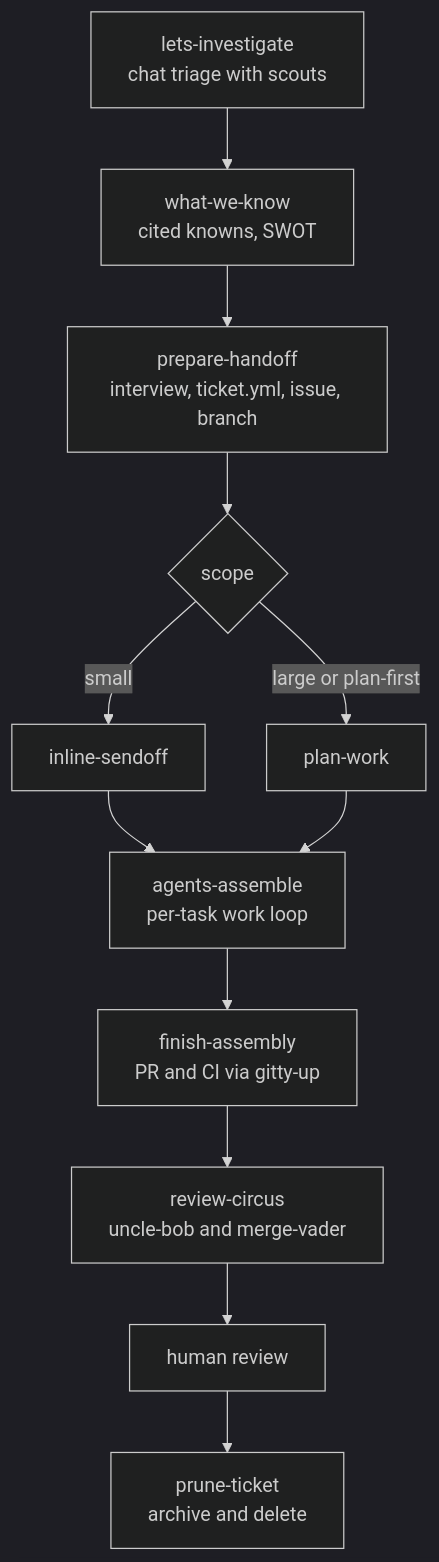
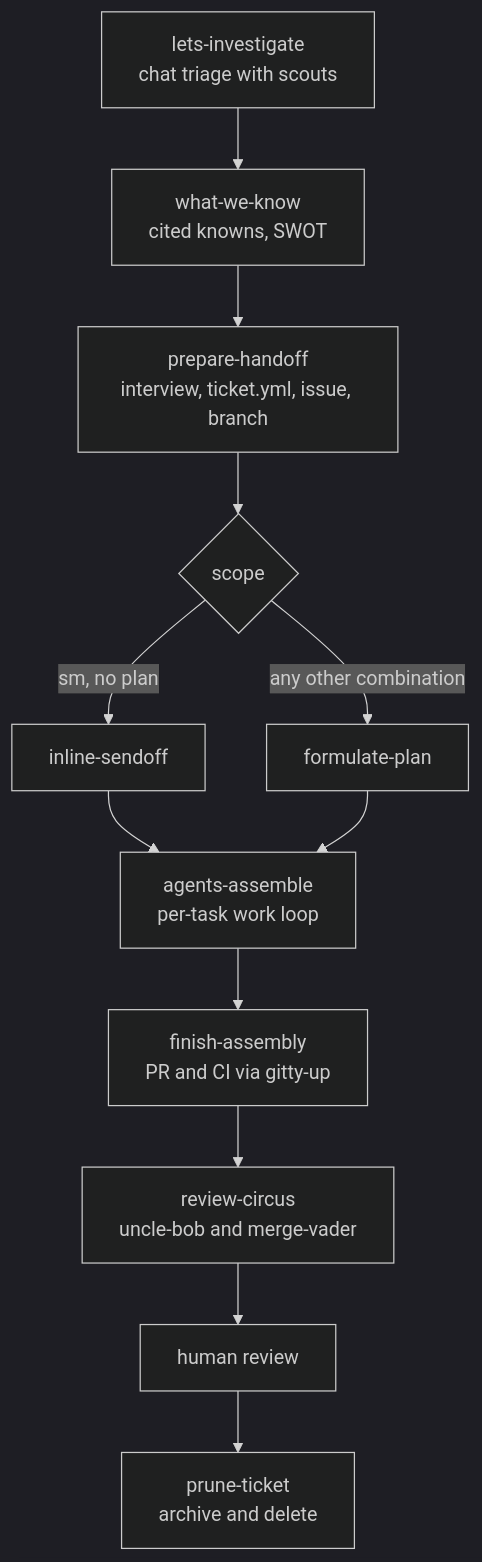
Before and after one commit to rhawk117/rygentic-harness: the diagram in README.md, drawn with Mermaid (dark theme). The commit also changed other lines of this file and 51 other files, not shown here.

````diff
--- a/README.md
+++ b/README.md
@@ -16,14 +16,14 @@
 ```mermaid
 flowchart TD
     A["lets-investigate\nchat triage with scouts"] --> B["what-we-know\ncited knowns, SWOT"]
     B --> C["prepare-handoff\ninterview, ticket.yml, issue, branch"]
     C --> D{scope}
-    D -->|small| E["inline-sendoff"]
-    D -->|"large or plan-first"| F["plan-work"]
+    D -->|"sm, no plan"| E["inline-sendoff"]
+    D -->|"any other combination"| F["formulate-plan"]
     E --> G["agents-assemble\nper-task work loop"]
     F --> G
     G --> H["finish-assembly\nPR and CI via gitty-up"]
     H --> I["review-circus\nuncle-bob and merge-vader"]
     I --> J["human review"]
     J --> K["prune-ticket\narchive and delete"]
 ```
````
